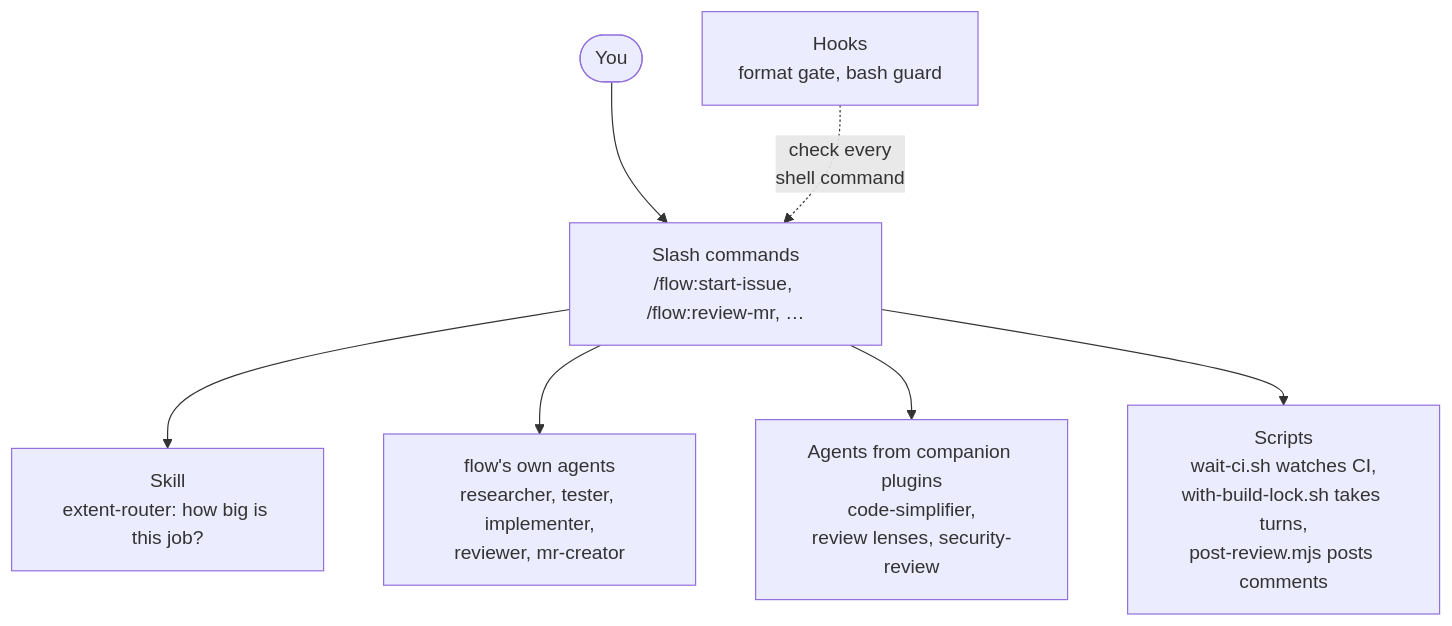
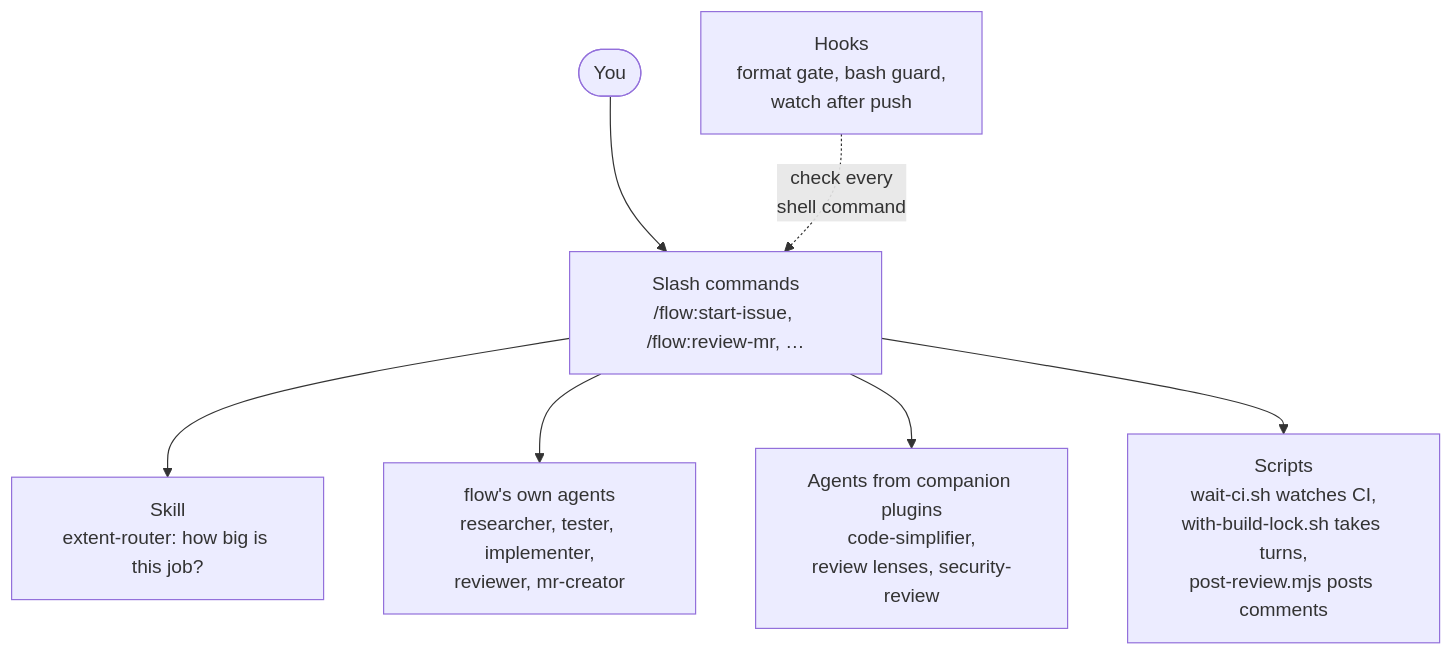
The first of 5 diagrams in README.md (MarkusVGJensen/flow), drawn with Mermaid before and after one commit. The commit also changed other lines of this file and 7 other files, not shown here.

Commit message:
flow 0.8.0: resolve-comments stops twice and fixes in one commit on top, CI watched after every push, the extent recorded and acted on

````diff
--- a/README.md
+++ b/README.md
@@ -130,9 +137,9 @@
 ```mermaid
 flowchart TD
   U(["You"]) --> CMD["Slash commands<br/>/flow:start-issue, /flow:review-mr, …"]
   CMD --> SK["Skill<br/>extent-router: how big is this job?"]
   CMD --> AG["flow's own agents<br/>researcher, tester, implementer,<br/>reviewer, mr-creator"]
   CMD --> FP["Agents from companion plugins<br/>code-simplifier,<br/>review lenses, security-review"]
   CMD --> SCR["Scripts<br/>wait-ci.sh watches CI,<br/>with-build-lock.sh takes turns,<br/>post-review.mjs posts comments"]
-  HK["Hooks<br/>format gate, bash guard"] -. "check every<br/>shell command" .-> CMD
+  HK["Hooks<br/>format gate, bash guard,<br/>watch after push"] -. "check every<br/>shell command" .-> CMD
 ```
````
